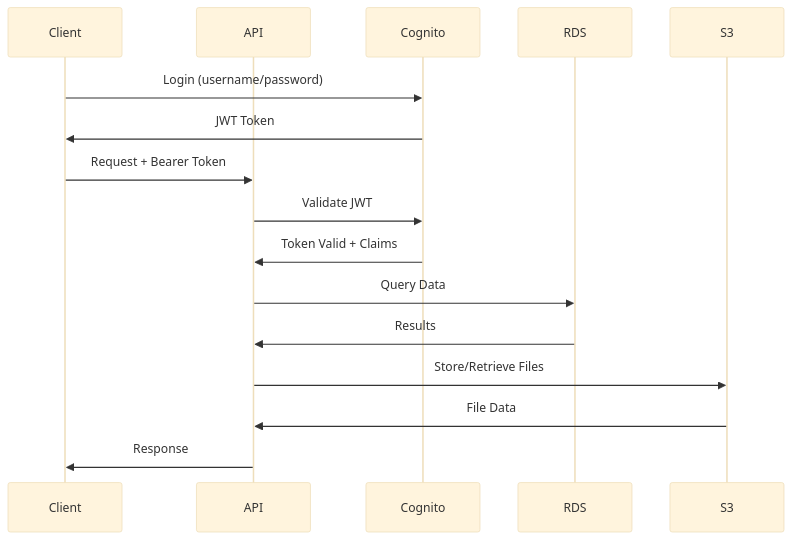
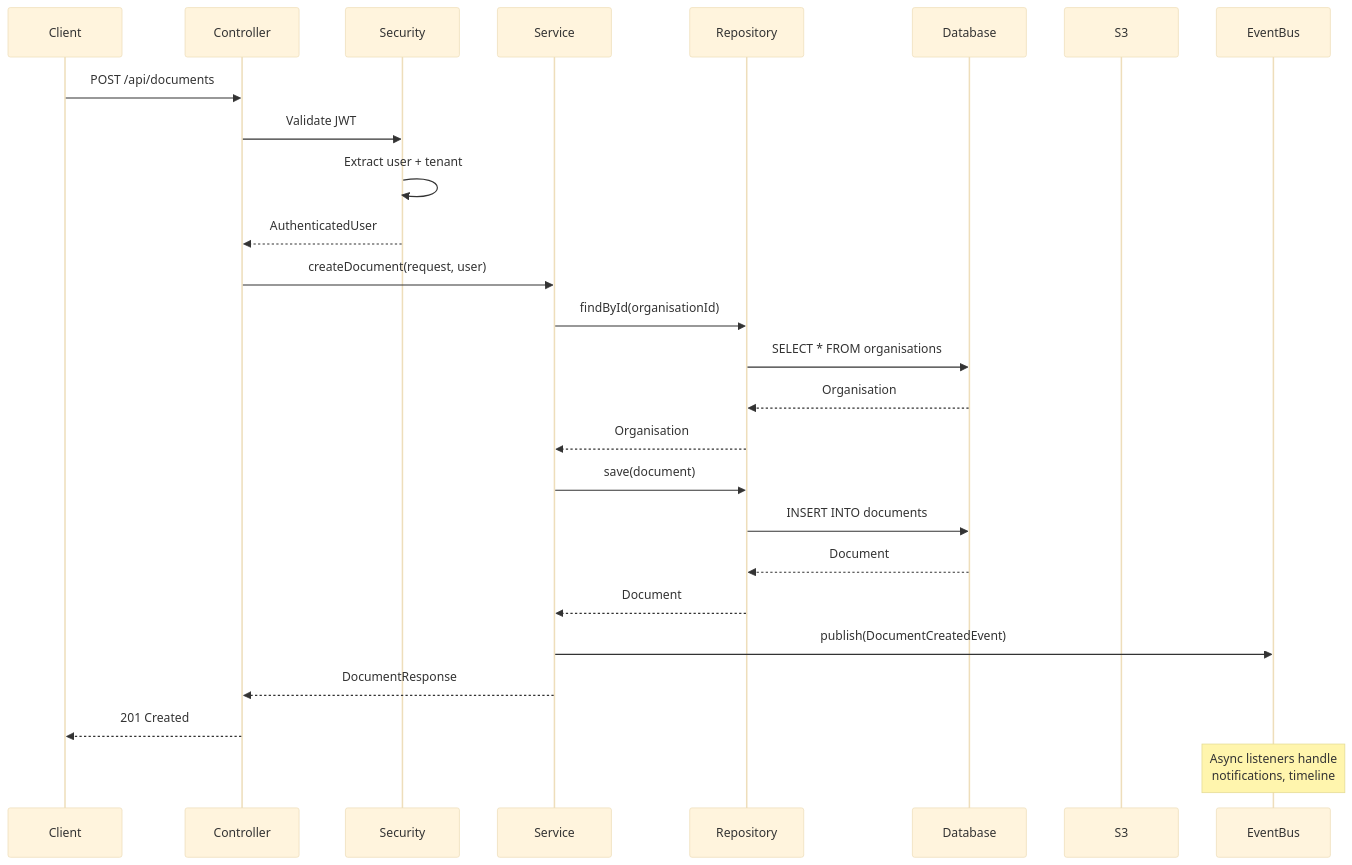
One commit to SibusisoMashita/omnisolve-api changed the third of 3 diagrams in docs/architecture.md. Above: the diagram before and after it, drawn with Mermaid (base theme). The commit also changed other lines of this file and 82 other files, not shown here.

````diff
--- a/docs/architecture.md
+++ b/docs/architecture.md
@@ -209,23 +126,30 @@
 ```mermaid
 sequenceDiagram
     participant Client
-    participant API
-    participant Cognito
-    participant RDS
+    participant Controller
+    participant Security
+    participant Service
+    participant Repository
+    participant Database
     participant S3
+    participant EventBus
     
-    Client->>Cognito: Login (username/password)
-    Cognito->>Client: JWT Token
+    Client->>Controller: POST /api/documents
+    Controller->>Security: Validate JWT
+    Security->>Security: Extract user + tenant
+    Security-->>Controller: AuthenticatedUser
+    Controller->>Service: createDocument(request, user)
+    Service->>Repository: findById(organisationId)
+    Repository->>Database: SELECT * FROM organisations
+    Database-->>Repository: Organisation
+    Repository-->>Service: Organisation
+    Service->>Repository: save(document)
+    Repository->>Database: INSERT INTO documents
+    Database-->>Repository: Document
+    Repository-->>Service: Document
+    Service->>EventBus: publish(DocumentCreatedEvent)
+    Service-->>Controller: DocumentResponse
+    Controller-->>Client: 201 Created
     
-    Client->>API: Request + Bearer Token
-    API->>Cognito: Validate JWT
-    Cognito->>API: Token Valid + Claims
-    
-    API->>RDS: Query Data
-    RDS->>API: Results
-    
-    API->>S3: Store/Retrieve Files
-    S3->>API: File Data
-    
-    API->>Client: Response
+    Note over EventBus: Async listeners handle<br/>notifications, timeline
 ```
````
